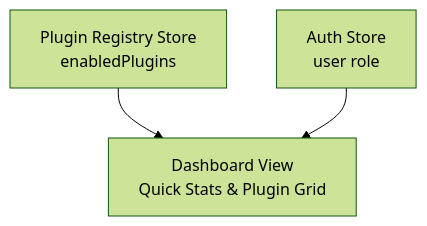
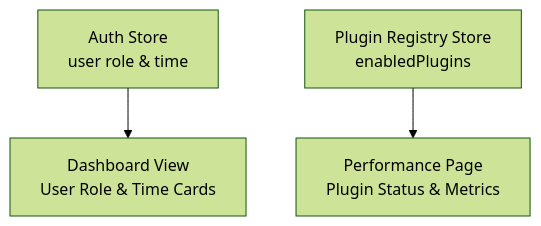
Before and after one commit to Nikita5543/New-SSO-02: the tenth of 11 diagrams in .qoder/repowiki/en/content/Core API Reference/Dashboard Endpoints.md, drawn with Mermaid (forest theme). The commit also changed other lines of this file and 3 other files, not shown here.

````diff
--- a/.qoder/repowiki/en/content/Core API Reference/Dashboard Endpoints.md
+++ b/.qoder/repowiki/en/content/Core API Reference/Dashboard Endpoints.md
@@ -318,5 +413,5 @@
 ```mermaid
 graph TB
-PR["Plugin Registry Store<br/>enabledPlugins"] --> UI["Dashboard View<br/>Quick Stats & Plugin Grid"]
-Auth["Auth Store<br/>user role"] --> UI
+Auth["Auth Store<br/>user role & time"] --> Dashboard["Dashboard View<br/>User Role & Time Cards"]
+PR["Plugin Registry Store<br/>enabledPlugins"] --> Performance["Performance Page<br/>Plugin Status & Metrics"]
 ```
````
